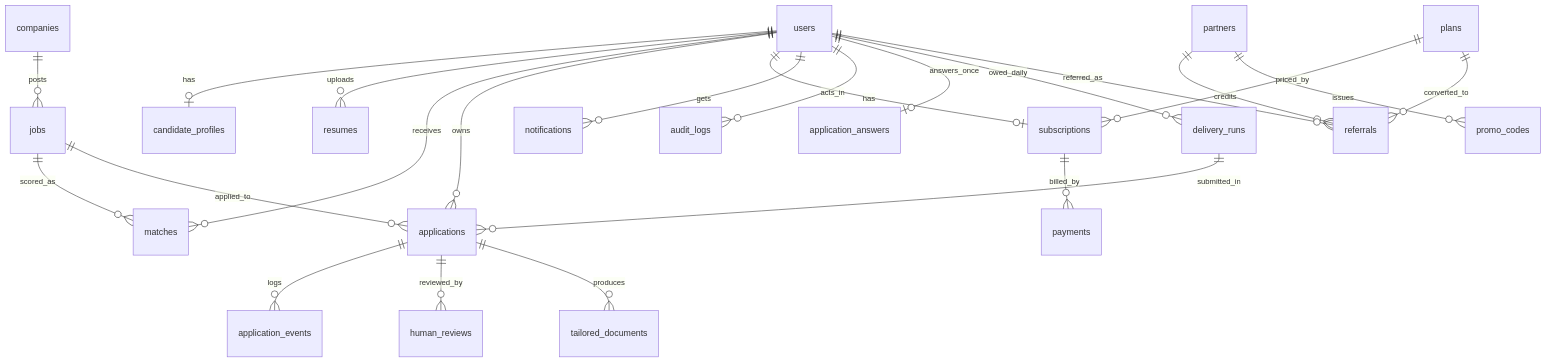
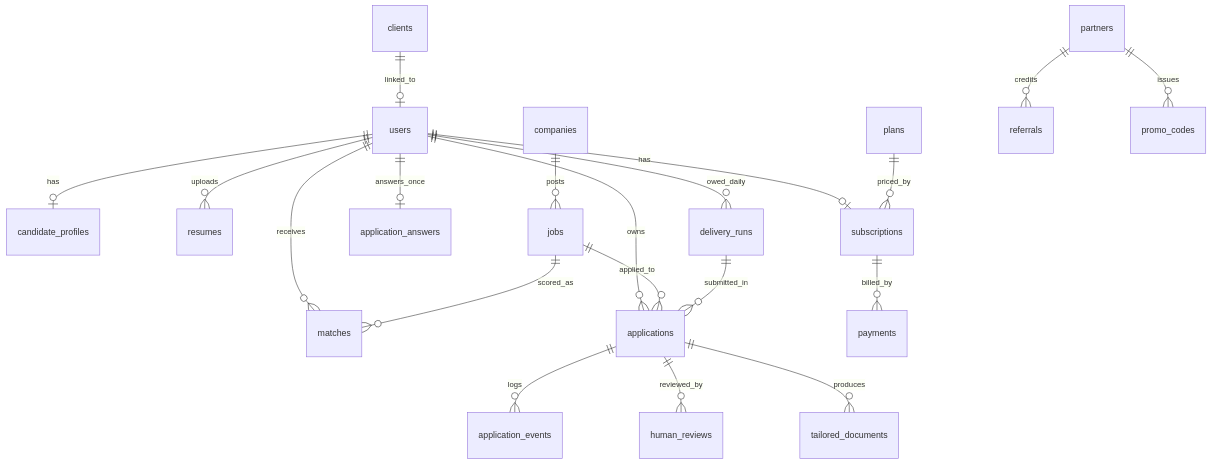
Before and after one commit to rohanmalyadri/SkyLark: the second of 2 diagrams in README.md, drawn with Mermaid. The commit also changed other lines of this file and 50 other files, not shown here.

````diff
--- a/README.md
+++ b/README.md
@@ -374,25 +221,22 @@
 ```mermaid
 erDiagram
     users ||--o| candidate_profiles : has
     users ||--o{ resumes : uploads
     users ||--o{ matches : receives
     users ||--o{ applications : owns
     users ||--o| subscriptions : has
+    users ||--o| application_answers : answers_once
+    users ||--o{ delivery_runs : owed_daily
     companies ||--o{ jobs : posts
     jobs ||--o{ matches : scored_as
     jobs ||--o{ applications : applied_to
     applications ||--o{ application_events : logs
     applications ||--o{ human_reviews : reviewed_by
     applications ||--o{ tailored_documents : produces
+    delivery_runs ||--o{ applications : submitted_in
     plans ||--o{ subscriptions : priced_by
     subscriptions ||--o{ payments : billed_by
-    users ||--o{ notifications : gets
-    users ||--o{ audit_logs : acts_in
-    users ||--o| application_answers : answers_once
-    users ||--o{ delivery_runs : owed_daily
-    delivery_runs ||--o{ applications : submitted_in
     partners ||--o{ referrals : credits
     partners ||--o{ promo_codes : issues
-    users ||--o{ referrals : referred_as
-    plans ||--o{ referrals : converted_to
+    clients ||--o| users : linked_to
 ```
````
